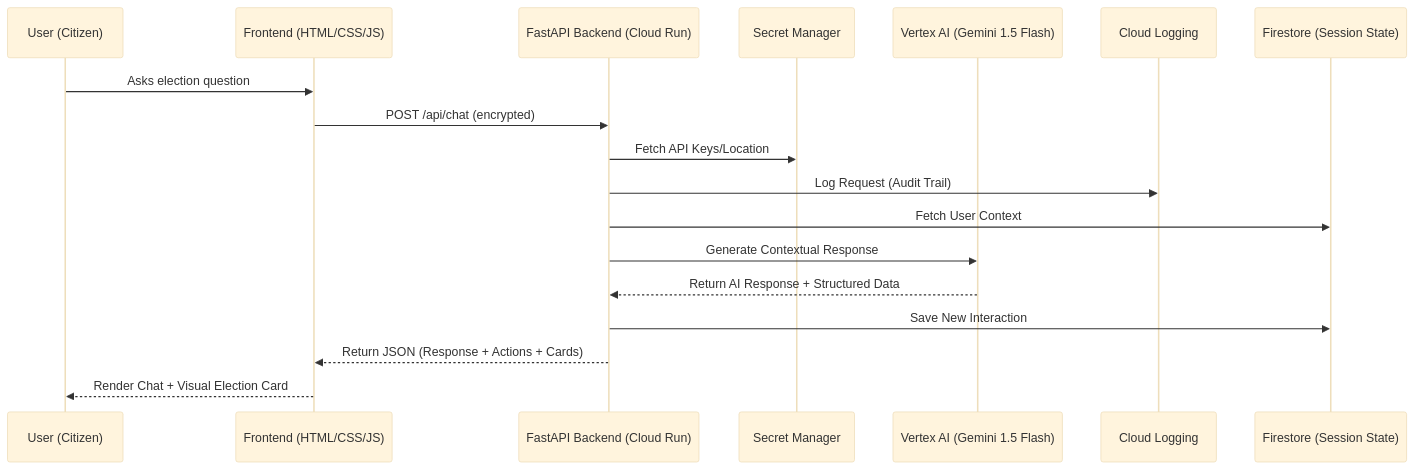
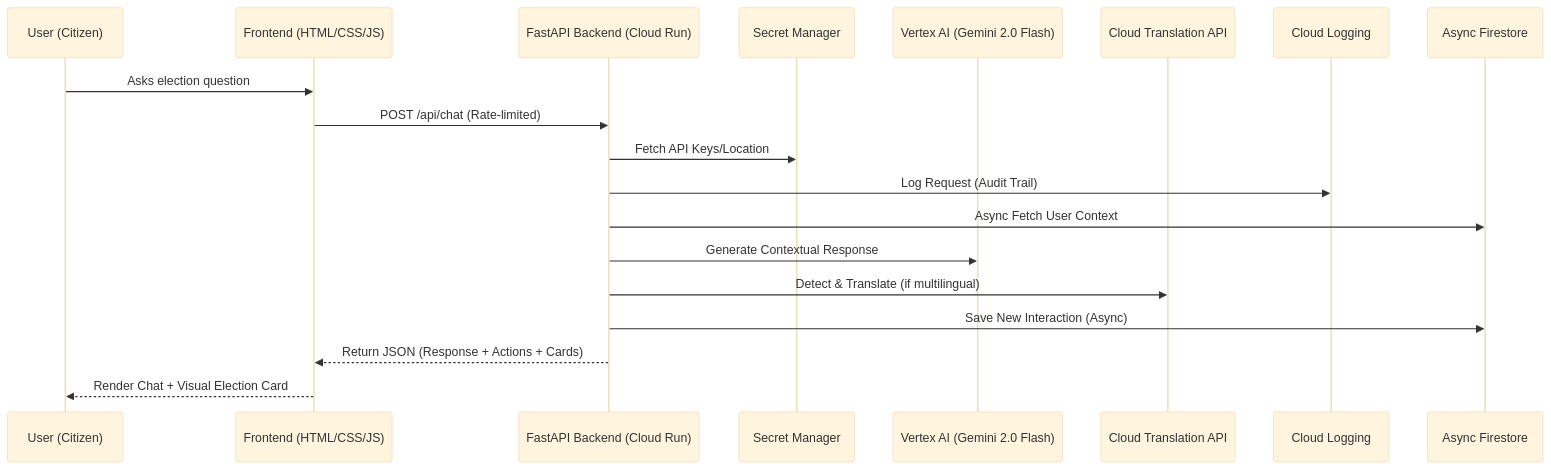
The diagram in README.md (Mohitsinghal04/election-navigator-ai), drawn with Mermaid (base theme) before and after one commit. The commit also changed other lines of this file and 6 other files, not shown here.

````diff
--- a/README.md
+++ b/README.md
@@ -12,21 +12,22 @@
 ```mermaid
 sequenceDiagram
     participant U as User (Citizen)
     participant F as Frontend (HTML/CSS/JS)
     participant B as FastAPI Backend (Cloud Run)
     participant S as Secret Manager
-    participant V as Vertex AI (Gemini 1.5 Flash)
+    participant V as Vertex AI (Gemini 2.0 Flash)
+    participant T as Cloud Translation API
     participant L as Cloud Logging
-    participant D as Firestore (Session State)
+    participant D as Async Firestore
 
     U->>F: Asks election question
-    F->>B: POST /api/chat (encrypted)
+    F->>B: POST /api/chat (Rate-limited)
     B->>S: Fetch API Keys/Location
     B->>L: Log Request (Audit Trail)
-    B->>D: Fetch User Context
+    B->>D: Async Fetch User Context
     B->>V: Generate Contextual Response
-    V-->>B: Return AI Response + Structured Data
-    B->>D: Save New Interaction
+    B->>T: Detect & Translate (if multilingual)
+    B->>D: Save New Interaction (Async)
     B-->>F: Return JSON (Response + Actions + Cards)
     F-->>U: Render Chat + Visual Election Card
 ```
````
